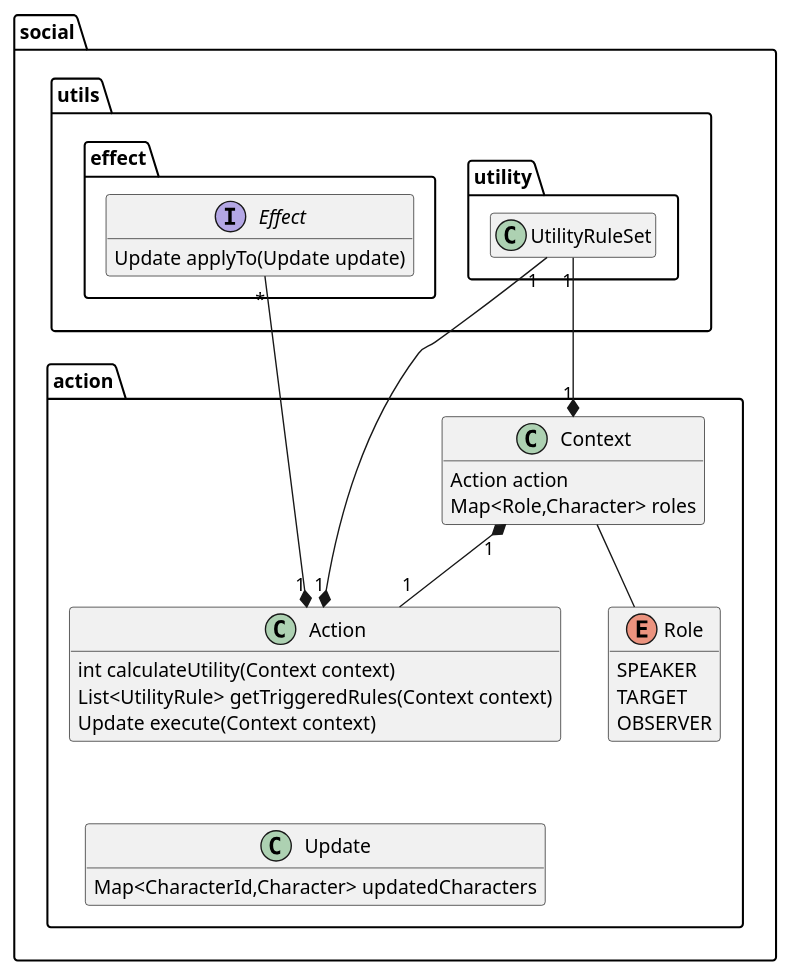
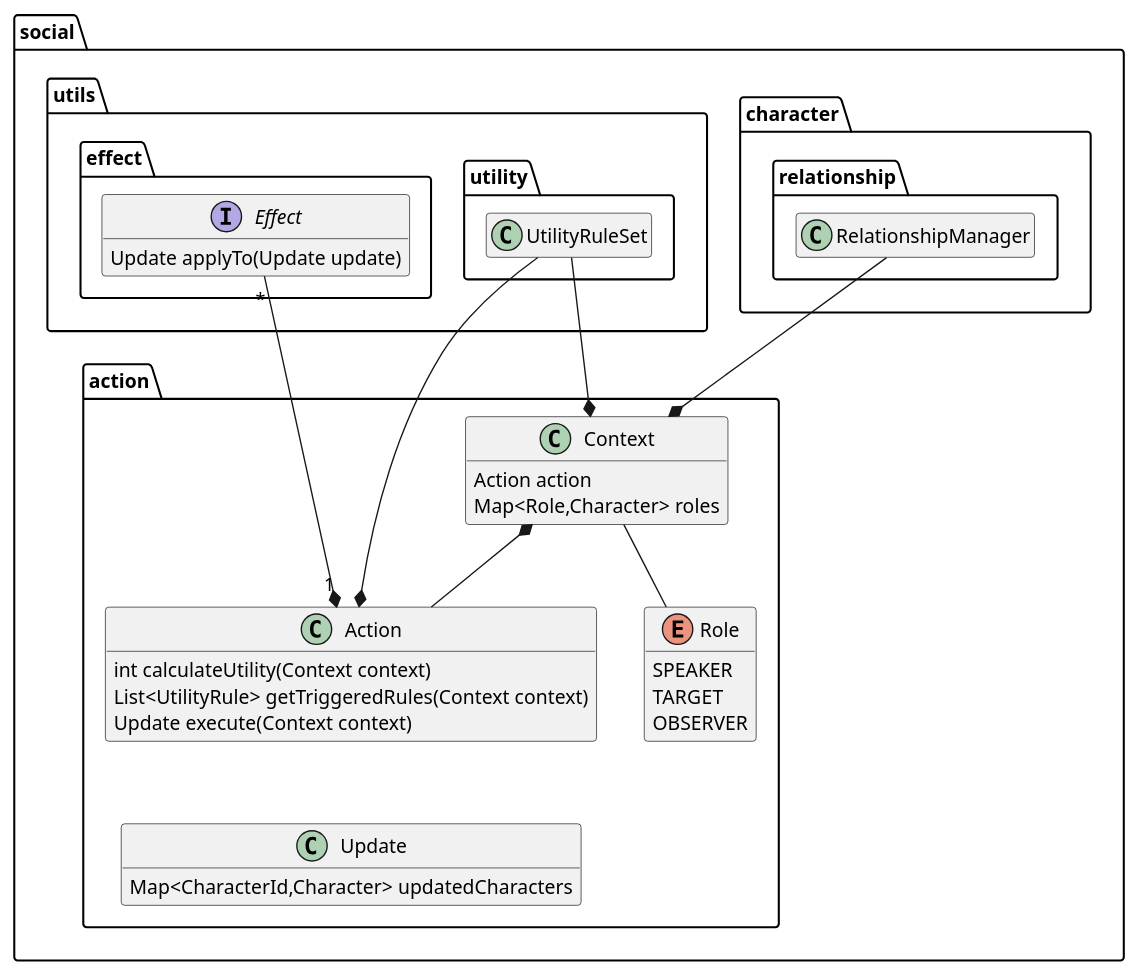
One commit to Orchaldir/SocialSimulation changed the diagram in doc/design/action.puml. Above: the diagram before and after it, drawn with PlantUML. The commit also changed 1 other file, not shown here.

Commit message:
[#11] Add relationship.puml

```diff
--- a/doc/design/action.puml
+++ b/doc/design/action.puml
@@ -1,61 +1,68 @@
 @startuml
 
 hide empty members
 
 package social {
 
 package action {
 
 class Action {
   int calculateUtility(Context context)
   List<UtilityRule> getTriggeredRules(Context context)
   Update execute(Context context)
 }
 
 enum Role {
   SPEAKER
   TARGET
   OBSERVER
 }
 
 class Context {
   Action action
   Map<Role,Character> roles
 }
 
 class Update {
   Map<CharacterId,Character> updatedCharacters
 }
 
 }
 
+package character.relationship {
+
+class RelationshipManager
+
+}
+
 package utils {
 
 package effect {
 
 interface Effect {
   Update applyTo(Update update)
 }
 
 }
 
 package utility {
 
 class UtilityRuleSet
 
 }
 
 }
 
 }
 
-Action "1" *-up- "1" UtilityRuleSet
+Action *-up- UtilityRuleSet
 Action "1" *-up- "*" Effect
 Action -[hidden]- Update
 
 Context -- Role
-Context "1" *-up- "1" UtilityRuleSet
-Context "1" *-- "1" Action
+Context *-up- UtilityRuleSet
+Context *-- Action
+Context *-up- RelationshipManager
 
 
 @enduml
```
